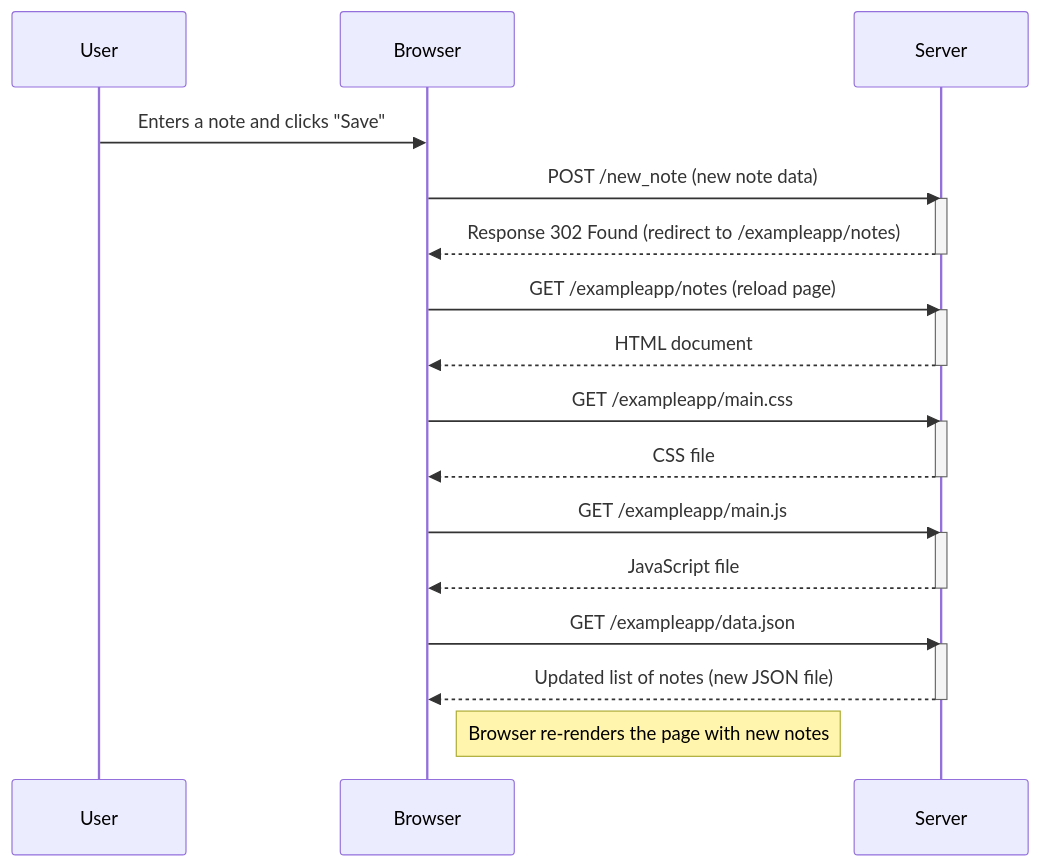
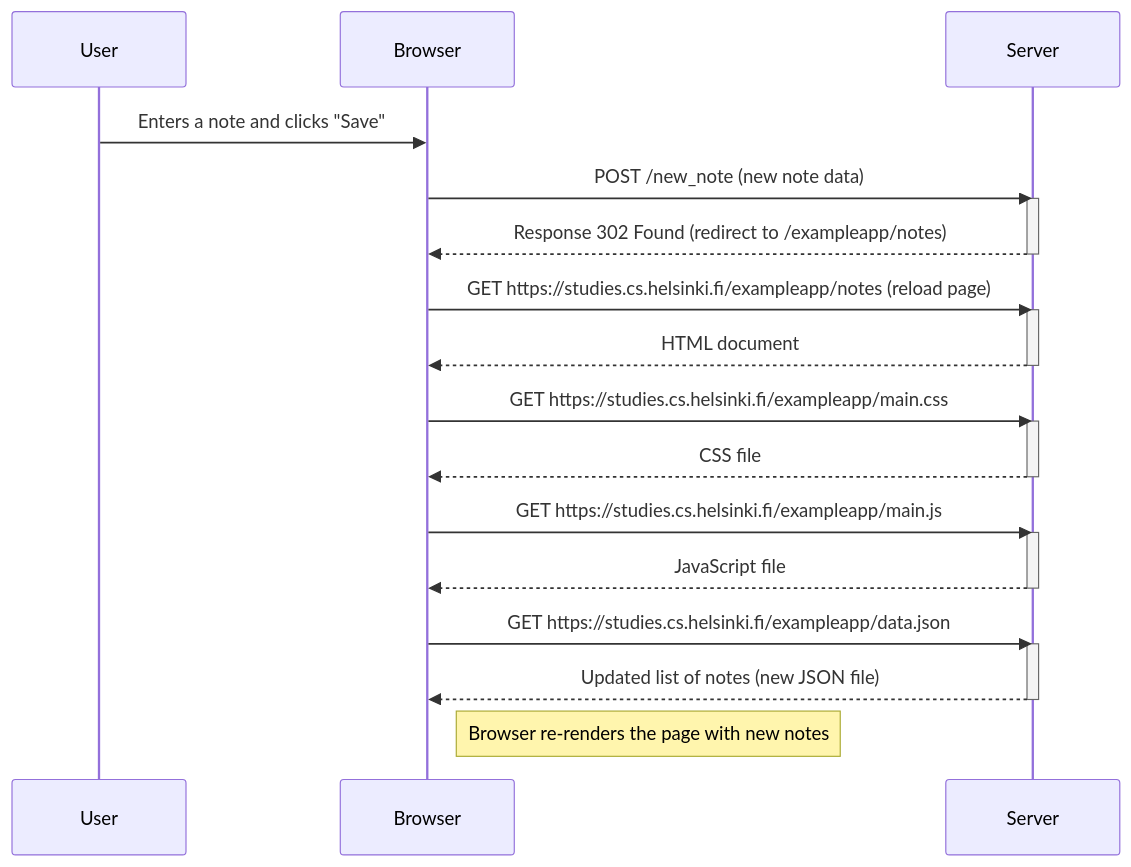
The diagram in part 0/0.4 New note diagram.md (SanteriValo/FullStackOpen), drawn with Mermaid before and after one commit.

Commit message:
Fix links in the 0.4 diagram according to the assignment requirements

````diff
--- a/part 0/0.4 New note diagram.md
+++ b/part 0/0.4 New note diagram.md
@@ -1,34 +1,34 @@
 ```mermaid
 sequenceDiagram
 participant user as User
 participant browser as Browser
 participant server as Server
 
     user->>browser: Enters a note and clicks "Save"
     browser->>server: POST /new_note (new note data)
     activate server
     server-->>browser: Response 302 Found (redirect to /exampleapp/notes)
     deactivate server
 
-    browser->>server: GET /exampleapp/notes (reload page)
+    browser->>server: GET https://studies.cs.helsinki.fi/exampleapp/notes (reload page)
     activate server
     server-->>browser: HTML document
     deactivate server
 
-    browser->>server: GET /exampleapp/main.css
+    browser->>server: GET https://studies.cs.helsinki.fi/exampleapp/main.css
     activate server
     server-->>browser: CSS file
     deactivate server
 
-    browser->>server: GET /exampleapp/main.js
+    browser->>server: GET https://studies.cs.helsinki.fi/exampleapp/main.js
     activate server
     server-->>browser: JavaScript file
     deactivate server
 
-    browser->>server: GET /exampleapp/data.json
+    browser->>server: GET https://studies.cs.helsinki.fi/exampleapp/data.json
     activate server
     server-->>browser: Updated list of notes (new JSON file)
     deactivate server
 
     Note right of browser: Browser re-renders the page with new notes
 ```
````
